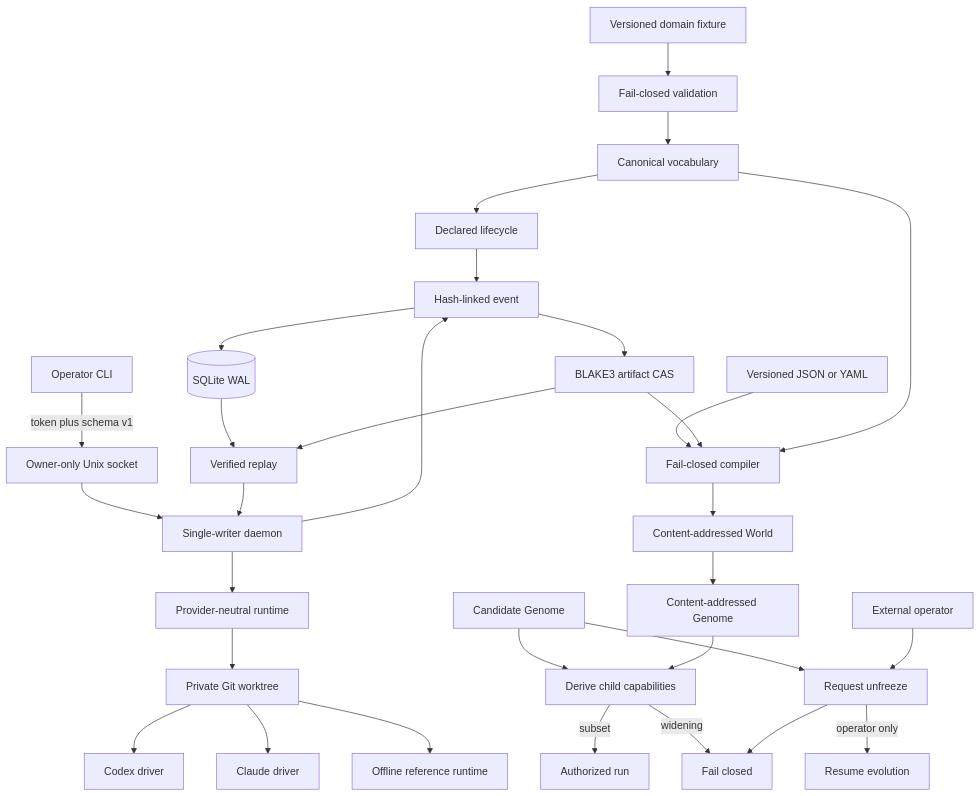
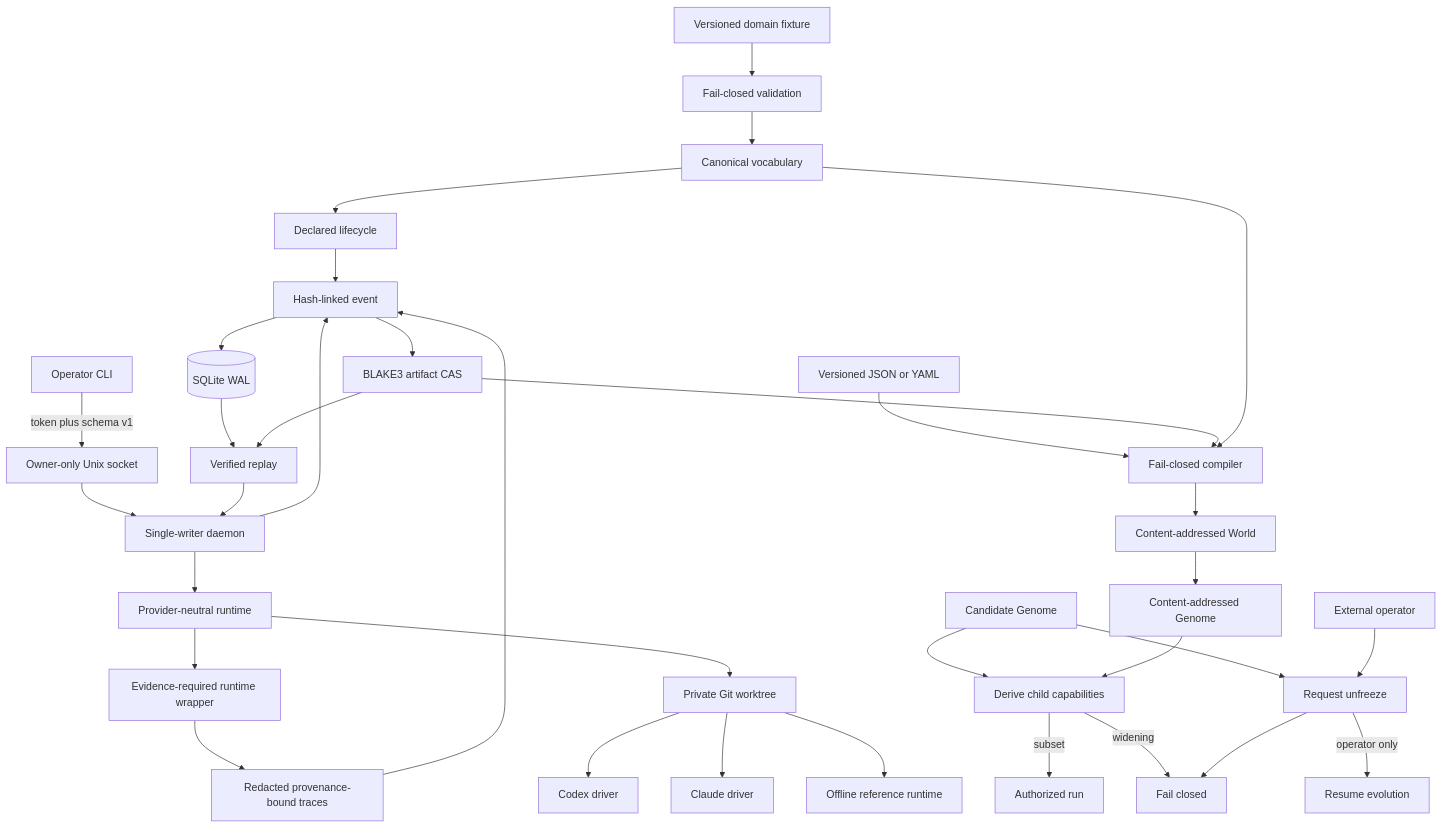
Before and after one commit to randyren278/Hephaestus: the diagram in docs/ARCHITECTURE.md, drawn with Mermaid. The commit also changed other lines of this file and 11 other files, not shown here.

First line of the commit message:
Require evidence across runtime lifecycle

````diff
--- a/docs/ARCHITECTURE.md
+++ b/docs/ARCHITECTURE.md
@@ -5,33 +5,36 @@
 ```mermaid
 flowchart TD
     Candidate[Candidate Genome] --> Derive[Derive child capabilities]
     Derive -->|subset| Run[Authorized run]
     Derive -->|widening| Deny[Fail closed]
     Candidate --> Unfreeze[Request unfreeze]
     Unfreeze --> Deny
     Operator[External operator] --> Unfreeze
     Unfreeze -->|operator only| Resume[Resume evolution]
     Fixture[Versioned domain fixture] --> Validate[Fail-closed validation]
     Validate --> Vocabulary[Canonical vocabulary]
     Vocabulary --> Lifecycle[Declared lifecycle]
     Lifecycle --> Event[Hash-linked event]
     Event --> SQLite[(SQLite WAL)]
     Event --> CAS[BLAKE3 artifact CAS]
     SQLite --> Replay[Verified replay]
     CAS --> Replay
     Source[Versioned JSON or YAML] --> Compile[Fail-closed compiler]
     CAS --> Compile
     Vocabulary --> Compile
     Compile --> World[Content-addressed World]
     World --> Genome[Content-addressed Genome]
     Genome --> Derive
     CLI[Operator CLI] -->|token plus schema v1| Socket[Owner-only Unix socket]
     Socket --> Daemon[Single-writer daemon]
     Daemon --> Event
     Replay --> Daemon
     Daemon --> Runtime[Provider-neutral runtime]
+    Runtime --> Recorded[Evidence-required runtime wrapper]
+    Recorded --> Experience[Redacted provenance-bound traces]
+    Experience --> Event
     Runtime --> Sandbox[Private Git worktree]
     Sandbox --> Codex[Codex driver]
     Sandbox --> Claude[Claude driver]
     Sandbox --> Reference[Offline reference runtime]
 ```
````
